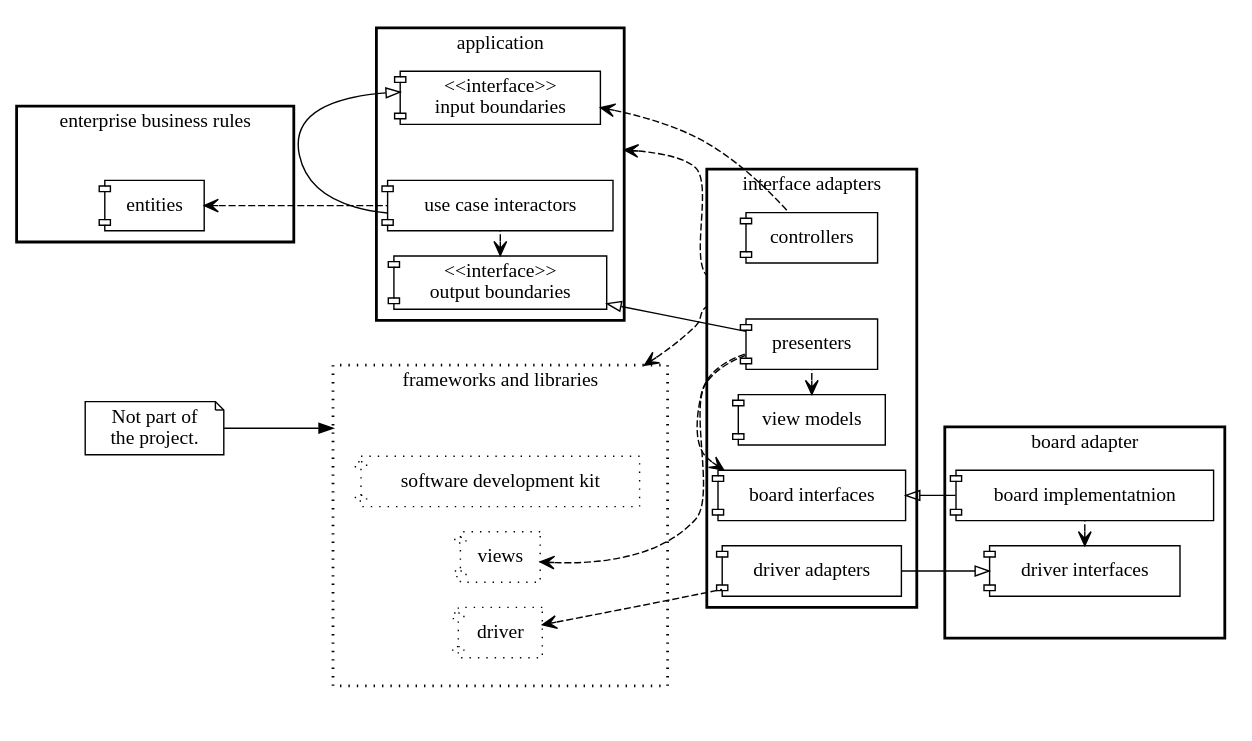
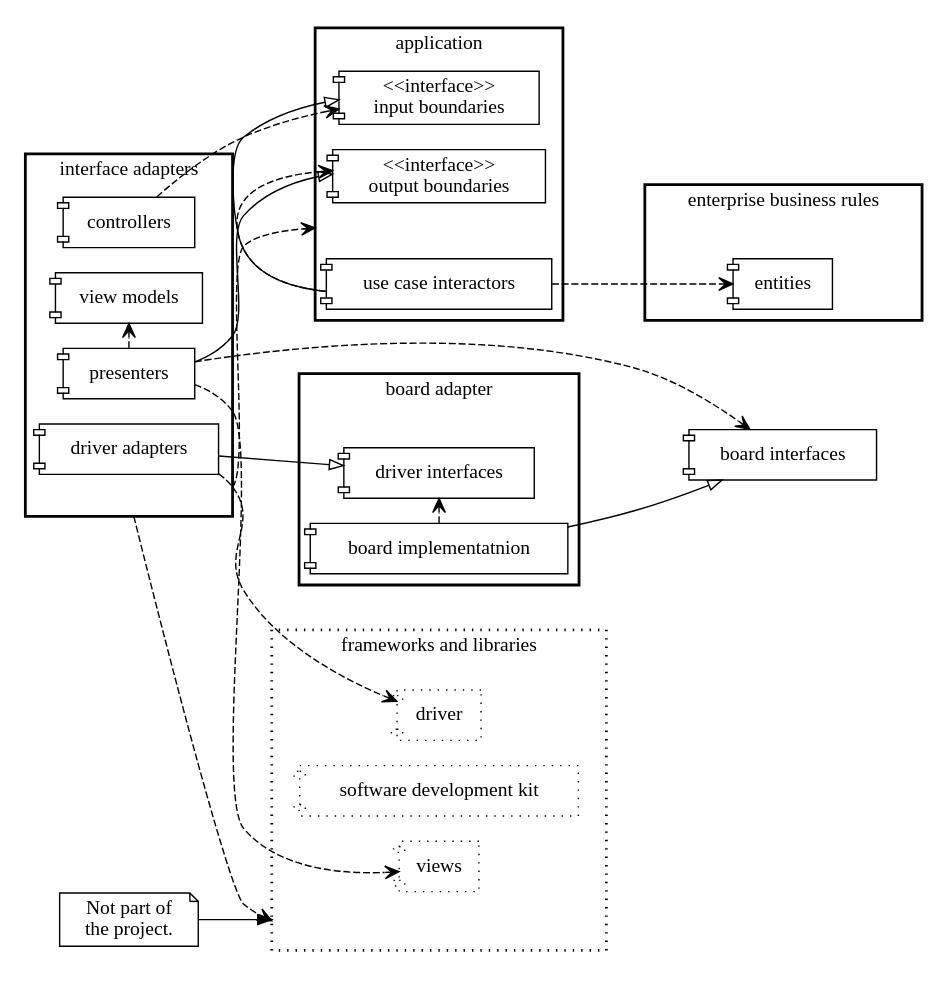
One commit to Task-Tracker-Systems/Task-Tracker-Device changed the diagram in doc/layers.dot. Above: the diagram before and after it, drawn with Graphviz.

```diff
--- a/doc/layers.dot
+++ b/doc/layers.dot
@@ -1,100 +1,100 @@
 digraph G {
   compound=true;
   node [shape="component"]
   newrank=true;
   rankdir="LR";
   concentrate=true;
   
   
   subgraph cluster_ebr {
       label = "enterprise business rules";
       rank="same";
       style="bold";
       ebr [shape=point style=invis];
       
       entities;
   }
   
   subgraph cluster_app {
       label = "application";
       rank="same";
       style="bold";
       app [shape=point style=invis];
       
       ob [label="<<interface>>\n output boundaries"]
       uc [label="use case interactors"]
       ib [label="<<interface>>\n input boundaries"]
   }
   
   
    subgraph clusterX_margin
    {
      style=invis
      margin=20.0
   
   subgraph cluster_thirdparty {
       label = "frameworks and libraries";
       rank="same";
       node [style="dotted"];
       style="bold,dotted";
       thirdparty[shape=point style=invis];
       
       sdk [label="software development kit"]
       driver;
       views;
   }
    }
   
   subgraph cluster_ia {
       label = "interface adapters";
       rank="same";
       style="bold";
       ia [shape=point style=invis];
       
       controllers, presenters;
       view_models [label="view models"];
-      bi [label="board interfaces"]
       da [label="driver adapters"]
   };
+      bi [label="board interfaces"]
   
   subgraph cluster_board {
       label = "board adapter";
       rank="same";
       style="bold";
       driver_interface [label="driver interfaces"]
       board [shape=point style=invis];
       board_impl [label="board implementatnion"]
       
   }
   
   n1 [label="Not part of\nthe project.", shape="note"]
   n1 -> thirdparty [lhead="cluster_thirdparty"];
   
   { 
       rank=same; 
       // ia, thirdparty;
   }
   
   {
       edge [arrowhead=onormal];
       board_impl -> bi;
       uc -> ib;
       presenters -> ob;
       da -> driver_interface;
   }
   
   {
       // dependencies
-      edge [style="dashed", arrowtail="vee", dir="back"];
-      thirdparty -> ia [ltail="cluster_thirdparty", lhead="cluster_ia"];
-      entities -> uc;
-      app -> ia [ltail=cluster_app, lhead=cluster_ia];
-      ib -> controllers;
-      ob -> uc;
-       driver -> da;
-      views -> presenters;
-      view_models -> presenters;
-      bi -> presenters;
-      driver_interface -> board_impl;
+      edge [style="dashed", arrowhead="vee"];
+      ia -> thirdparty [ltail="cluster_ia", lhead="cluster_thirdparty"];
+      uc -> entities;
+      ia -> app [ltail=cluster_ia, lhead=cluster_app];
+      controllers -> ib;
+      uc -> ob;
+      da -> driver;
+      presenters -> views;
+      presenters -> view_models;
+      presenters -> bi;
+      board_impl -> driver_interface;
   } 
 }
```
